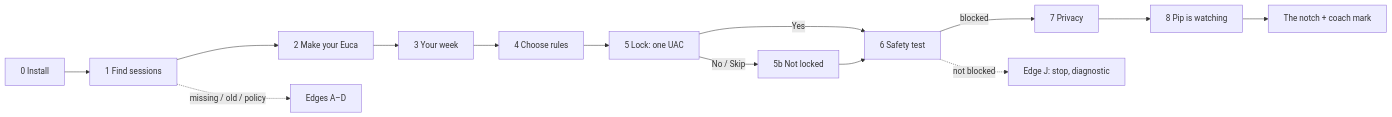
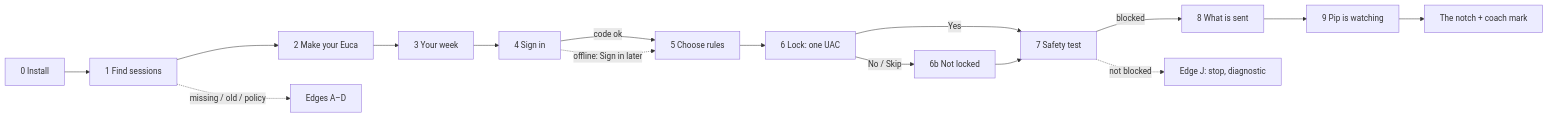
The diagram in docs/design/ux/companion/setup-flow.md (Majd-Alhakim/bench), drawn with Mermaid before and after one commit. The commit also changed other lines of this file and 65 other files, not shown here.

First line of the commit message:
docs(design): sign-in, What is sent and Account (CR-012, always-on supervisor)

````diff
--- a/docs/design/ux/companion/setup-flow.md
+++ b/docs/design/ux/companion/setup-flow.md
@@ -38,14 +42,16 @@
 ```mermaid
 flowchart LR
   I[0 Install] --> F[1 Find sessions]
   F --> C[2 Make your Euca]
   C --> W[3 Your week]
-  W --> R[4 Choose rules]
-  R --> L[5 Lock: one UAC]
-  L -->|Yes| T[6 Safety test]
-  L -->|No / Skip| NL[5b Not locked] --> T
-  T -->|blocked| P[7 Privacy]
+  W --> A[4 Sign in]
+  A -->|code ok| R[5 Choose rules]
+  A -.->|offline: Sign in later| R
+  R --> L[6 Lock: one UAC]
+  L -->|Yes| T[7 Safety test]
+  L -->|No / Skip| NL[6b Not locked] --> T
+  T -->|blocked| S[8 What is sent]
   T -.->|not blocked| J[Edge J: stop, diagnostic]
-  P --> D[8 Pip is watching] --> N[The notch + coach mark]
+  S --> D[9 Pip is watching] --> N[The notch + coach mark]
   F -. missing / old / policy .-> E[Edges A–D]
 ```
````
